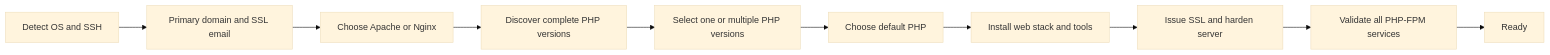
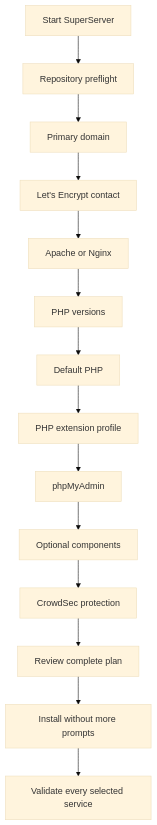
The diagram in README.md (abdomuftah/SuperServer), drawn with Mermaid (base theme) before and after one commit. The commit also changed other lines of this file and 8 other files, not shown here.

Commit message:
Release SuperServer v3.4.0 Multi-PHP and CrowdSec

````diff
--- a/README.md
+++ b/README.md
@@ -195,12 +39,16 @@
 ```mermaid
-flowchart LR
-    A[Detect OS and SSH] --> B[Primary domain and SSL email]
-    B --> C[Choose Apache or Nginx]
-    C --> D[Discover complete PHP versions]
-    D --> E[Select one or multiple PHP versions]
-    E --> F[Choose default PHP]
-    F --> G[Install web stack and tools]
-    G --> H[Issue SSL and harden server]
-    H --> I[Validate all PHP-FPM services]
-    I --> J[Ready]
+flowchart TD
+    A[Start SuperServer] --> B[Repository preflight]
+    B --> C[Primary domain]
+    C --> D[Let's Encrypt contact]
+    D --> E[Apache or Nginx]
+    E --> F[PHP versions]
+    F --> G[Default PHP]
+    G --> H[PHP extension profile]
+    H --> I[phpMyAdmin]
+    I --> J[Optional components]
+    J --> K[CrowdSec protection]
+    K --> L[Review complete plan]
+    L --> M[Install without more prompts]
+    M --> N[Validate every selected service]
 ```
````
